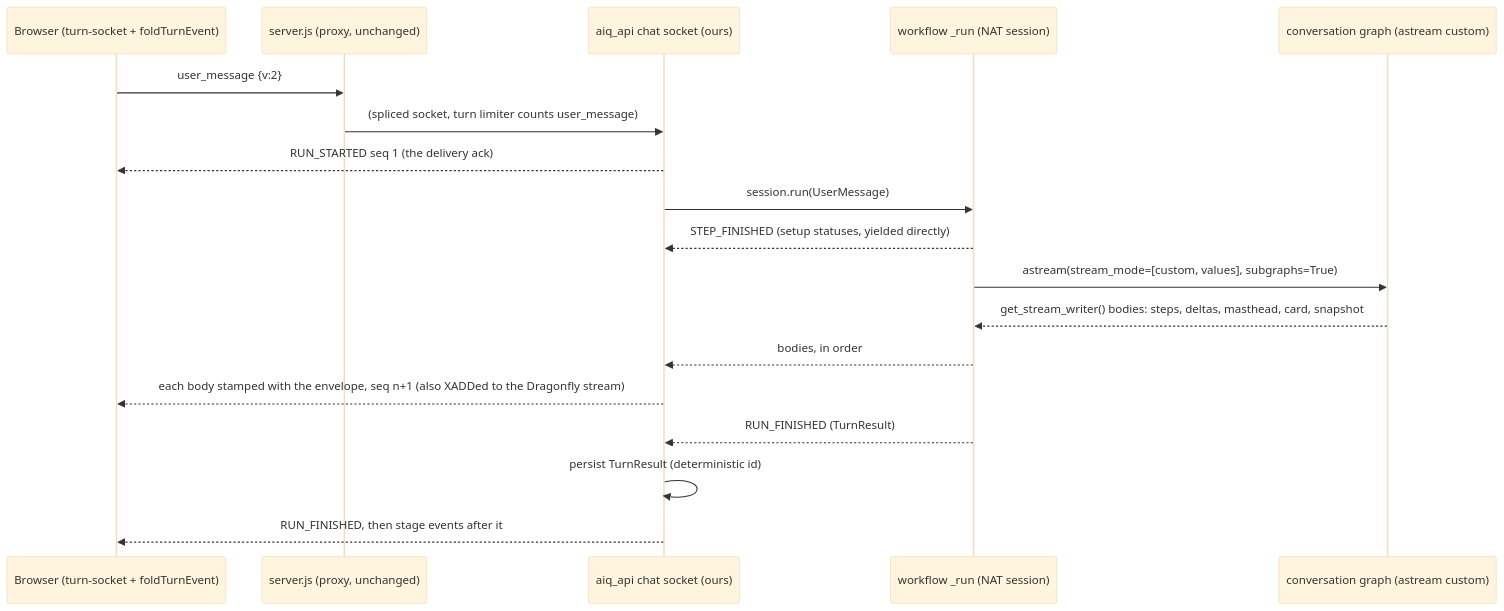
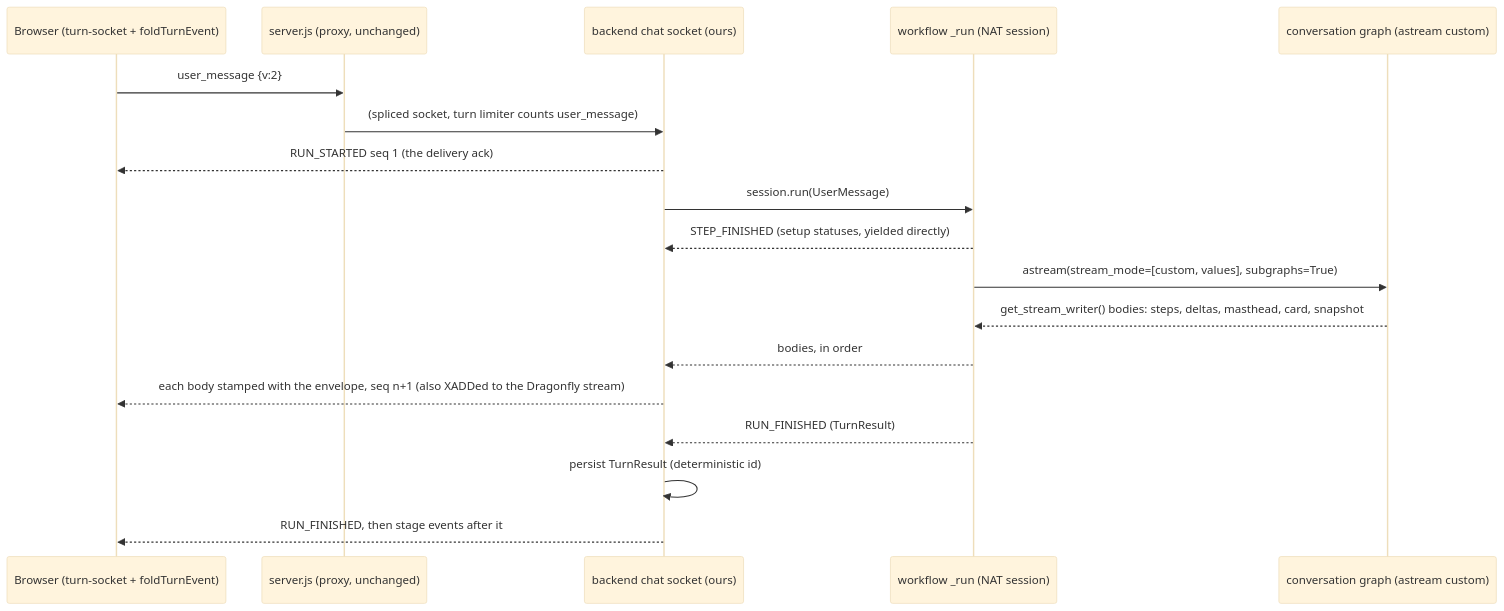
One commit to archos-at/archos changed the diagram in docs/design/chat-wire-v2.md. Above: the diagram before and after it, drawn with Mermaid (base theme). The commit also changed other lines of this file and 1420 other files, not shown here.

````diff
--- a/docs/design/chat-wire-v2.md
+++ b/docs/design/chat-wire-v2.md
@@ -44,20 +44,20 @@
 ```mermaid
 sequenceDiagram
     participant B as Browser (turn-socket + foldTurnEvent)
     participant P as server.js (proxy, unchanged)
-    participant H as aiq_api chat socket (ours)
+    participant H as backend chat socket (ours)
     participant W as workflow _run (NAT session)
     participant G as conversation graph (astream custom)
     B->>P: user_message {v:2}
     P->>H: (spliced socket, turn limiter counts user_message)
     H-->>B: RUN_STARTED seq 1 (the delivery ack)
     H->>W: session.run(UserMessage)
     W-->>H: STEP_FINISHED (setup statuses, yielded directly)
     W->>G: astream(stream_mode=[custom, values], subgraphs=True)
     G-->>W: get_stream_writer() bodies: steps, deltas, masthead, card, snapshot
     W-->>H: bodies, in order
     H-->>B: each body stamped with the envelope, seq n+1 (also XADDed to the Dragonfly stream)
     W-->>H: RUN_FINISHED (TurnResult)
     H->>H: persist TurnResult (deterministic id)
     H-->>B: RUN_FINISHED, then stage events after it
 ```
````
